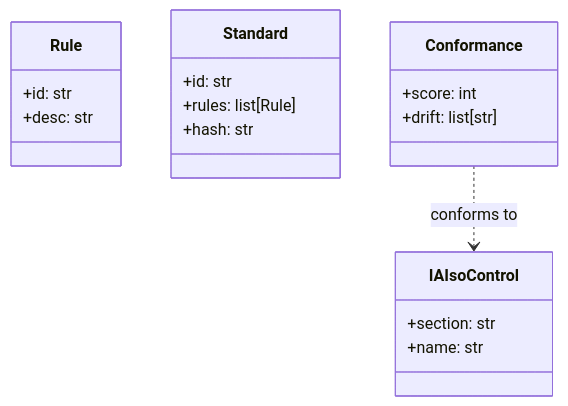
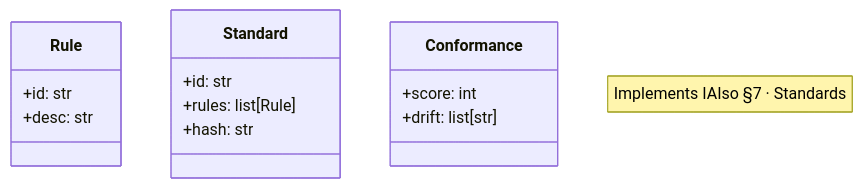
One commit to SmartTasksOrg/sf-smartstandard changed the first of 2 diagrams in README.md. Above: the diagram before and after it, drawn with Mermaid. The commit also changed other lines of this file and 1 other file, not shown here.

First line of the commit message:
Family list and diagrams from family.json; UML matches the code

````diff
--- a/README.md
+++ b/README.md
@@ -84,21 +84,17 @@
 ```mermaid
 classDiagram
     class Rule {
       +id: str
       +desc: str
     }
     class Standard {
       +id: str
       +rules: list[Rule]
       +hash: str
     }
     class Conformance {
       +score: int
       +drift: list[str]
     }
-    class IAIsoControl {
-      +section: str
-      +name: str
-    }
-    Conformance ..> IAIsoControl : conforms to
+    note "Implements IAIso §7 · Standards"
 ```
````
